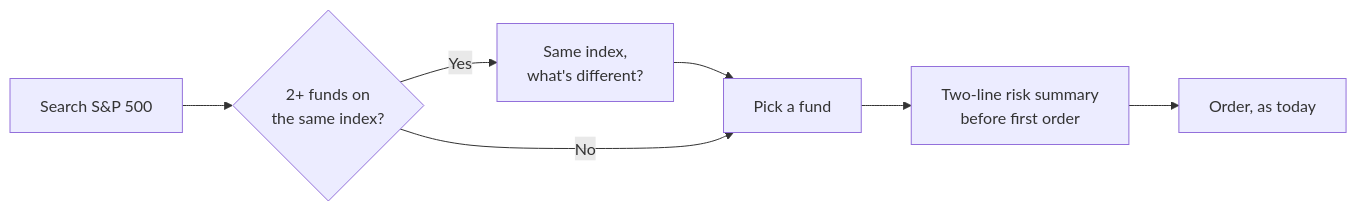
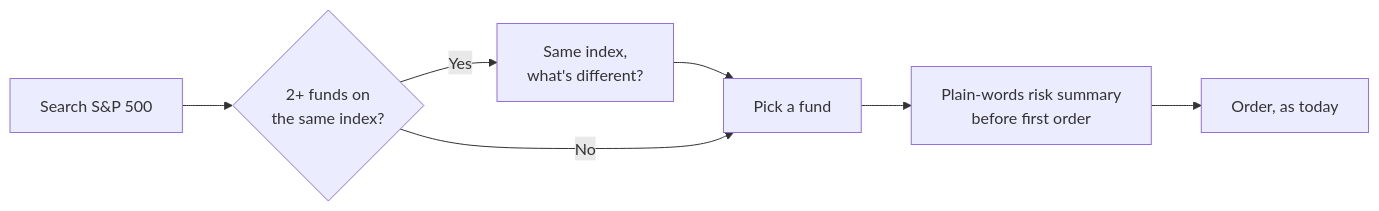
One commit to mghazwan06-star/revolut-investing-teardown changed the second of 2 diagrams in README.md. Above: the diagram before and after it, drawn with Mermaid. The commit also changed other lines of this file and 35 other files, not shown here.

````diff
--- a/README.md
+++ b/README.md
@@ -74,9 +88,9 @@
 ```mermaid
 flowchart LR
     A["Search S&P 500"] --> B{"2+ funds on<br/>the same index?"}
     B -- Yes --> C["Same index,<br/>what's different?"]
     C --> D["Pick a fund"]
     B -- No --> D
-    D --> E["Two-line risk summary<br/>before first order"]
+    D --> E["Plain-words risk summary<br/>before first order"]
     E --> F["Order, as today"]
 ```
````
